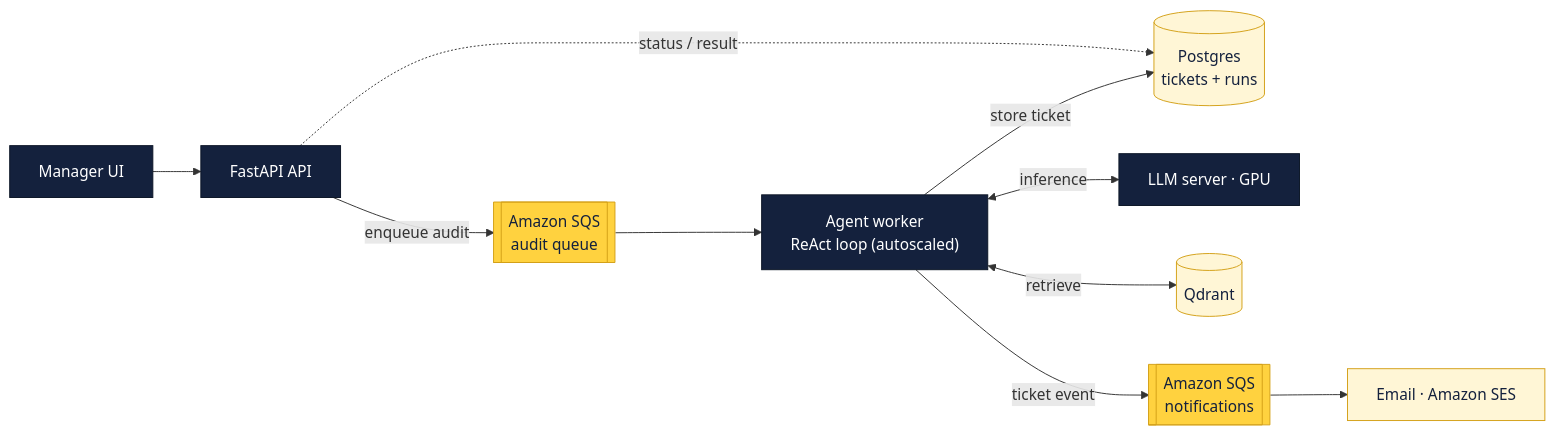
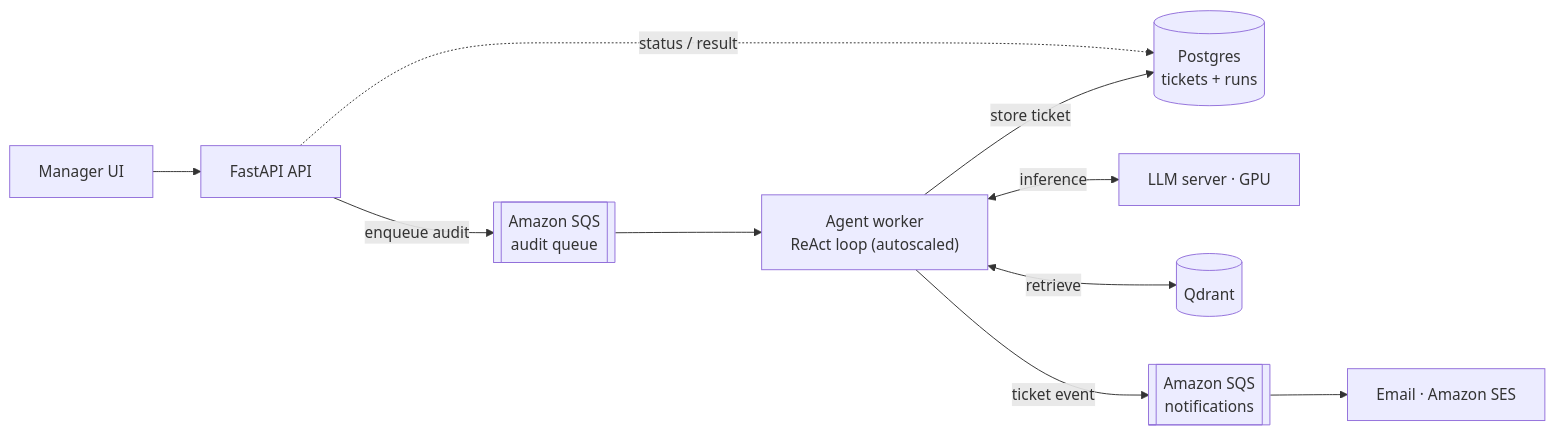
The fourth of 4 diagrams in README.md (2015pushkar/shiftguard_agent_v1), drawn with Mermaid before and after one commit. The commit also changed other lines of this file, not shown here.

Commit message:
docs: Simplify Mermaid diagram styles and remove unused class definitions in README

````diff
--- a/README.md
+++ b/README.md
@@ -209,20 +198,13 @@
 ```mermaid
 flowchart LR
     UI["Manager UI"] --> API["FastAPI API"]
     API -->|enqueue audit| SQS[["Amazon SQS<br/>audit queue"]]
     API -. status / result .-> DB[("Postgres<br/>tickets + runs")]
 
     SQS --> W["Agent worker<br/>ReAct loop (autoscaled)"]
     W <-->|inference| LLM["LLM server · GPU"]
     W <-->|retrieve| QD[("Qdrant")]
     W -->|store ticket| DB
     W -->|ticket event| NQ[["Amazon SQS<br/>notifications"]]
     NQ --> MAIL["Email · Amazon SES"]
-
-    classDef navy fill:#14213d,stroke:#0b1526,color:#ffffff;
-    classDef gold fill:#ffd23f,stroke:#d4a017,color:#14213d;
-    classDef goldLite fill:#fff6d6,stroke:#d4a017,color:#14213d;
-    class UI,API,W,LLM navy;
-    class SQS,NQ gold;
-    class DB,QD,MAIL goldLite;
 ```
````
